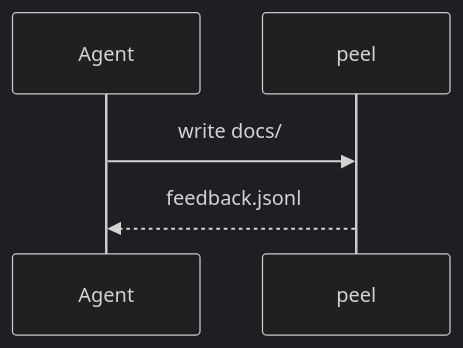
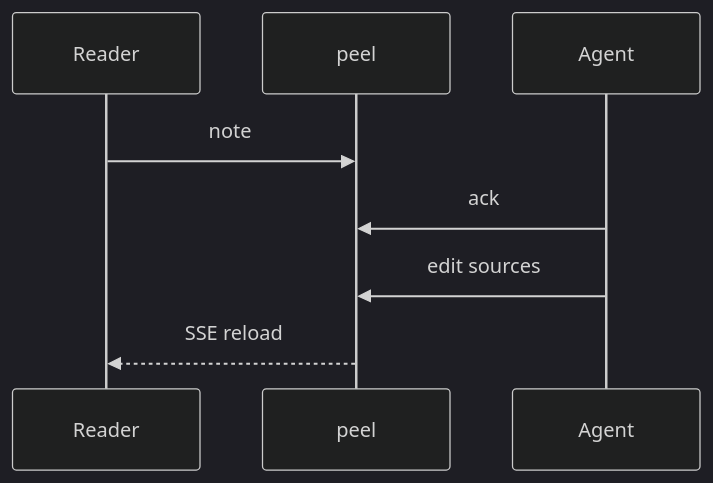
Before and after one commit to wnoronha/peel: the diagram in docs/deck-demo.md, drawn with Mermaid (dark theme). The commit also changed other lines of this file and 18 other files, not shown here.

````diff
--- a/docs/deck-demo.md
+++ b/docs/deck-demo.md
@@ -14,7 +15,10 @@
 ```mermaid
 sequenceDiagram
+  participant R as Reader
+  participant P as peel
   participant A as Agent
-  participant P as peel
-  A->>P: write docs/
-  P-->>A: feedback.jsonl
+  R->>P: note
+  A->>P: ack
+  A->>P: edit sources
+  P-->>R: SSE reload
 ```
````
